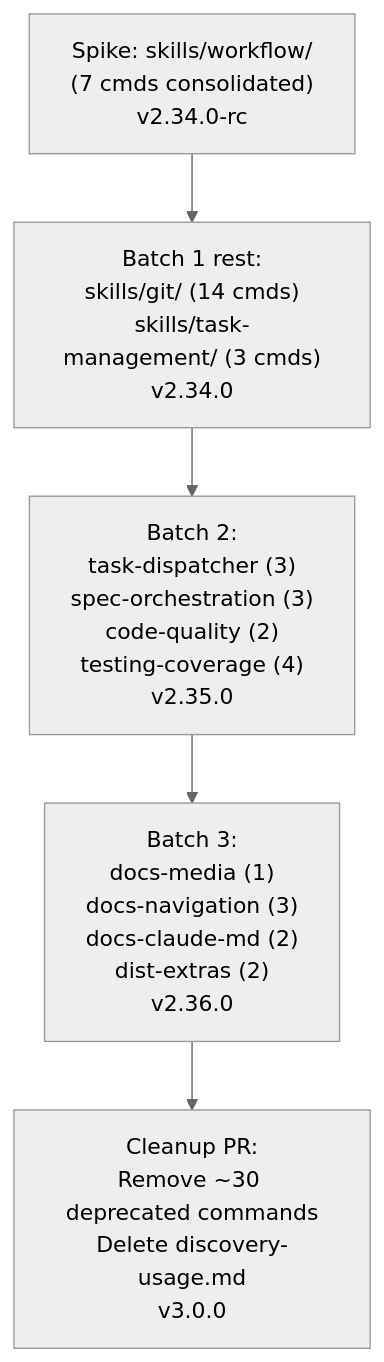
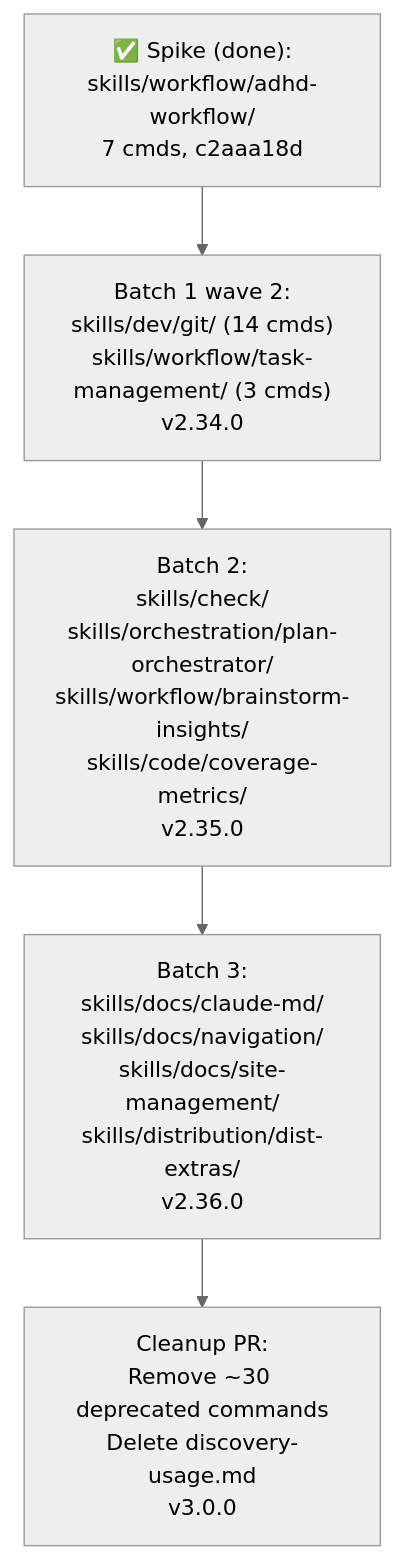
Before and after one commit to Data-Wise/craft: the diagram in docs/specs/SPEC-commands-to-skills-migration-2026-05-13.md, drawn with Mermaid (neutral theme). The commit also changed other lines of this file and 2 other files, not shown here.

First line of the commit message:
docs: revise SPEC and migration plan to v3 after full re-audit

````diff
--- a/docs/specs/SPEC-commands-to-skills-migration-2026-05-13.md
+++ b/docs/specs/SPEC-commands-to-skills-migration-2026-05-13.md
@@ -65,8 +131,8 @@
 ```mermaid
 flowchart TD
-    Spike["Spike: skills/workflow/<br/>(7 cmds consolidated)<br/>v2.34.0-rc"] --> B1Rest
-    B1Rest["Batch 1 rest:<br/>skills/git/ (14 cmds)<br/>skills/task-management/ (3 cmds)<br/>v2.34.0"]
-    B1Rest --> B2["Batch 2:<br/>task-dispatcher (3)<br/>spec-orchestration (3)<br/>code-quality (2)<br/>testing-coverage (4)<br/>v2.35.0"]
-    B2 --> B3["Batch 3:<br/>docs-media (1)<br/>docs-navigation (3)<br/>docs-claude-md (2)<br/>dist-extras (2)<br/>v2.36.0"]
+    Spike["✅ Spike (done):<br/>skills/workflow/adhd-workflow/<br/>7 cmds, c2aaa18d"] --> B1Rest
+    B1Rest["Batch 1 wave 2:<br/>skills/dev/git/ (14 cmds)<br/>skills/workflow/task-management/ (3 cmds)<br/>v2.34.0"]
+    B1Rest --> B2["Batch 2:<br/>skills/check/<br/>skills/orchestration/plan-orchestrator/<br/>skills/workflow/brainstorm-insights/<br/>skills/code/coverage-metrics/<br/>v2.35.0"]
+    B2 --> B3["Batch 3:<br/>skills/docs/claude-md/<br/>skills/docs/navigation/<br/>skills/docs/site-management/<br/>skills/distribution/dist-extras/<br/>v2.36.0"]
     B3 --> Cleanup["Cleanup PR:<br/>Remove ~30 deprecated commands<br/>Delete discovery-usage.md<br/>v3.0.0"]
 ```
````
